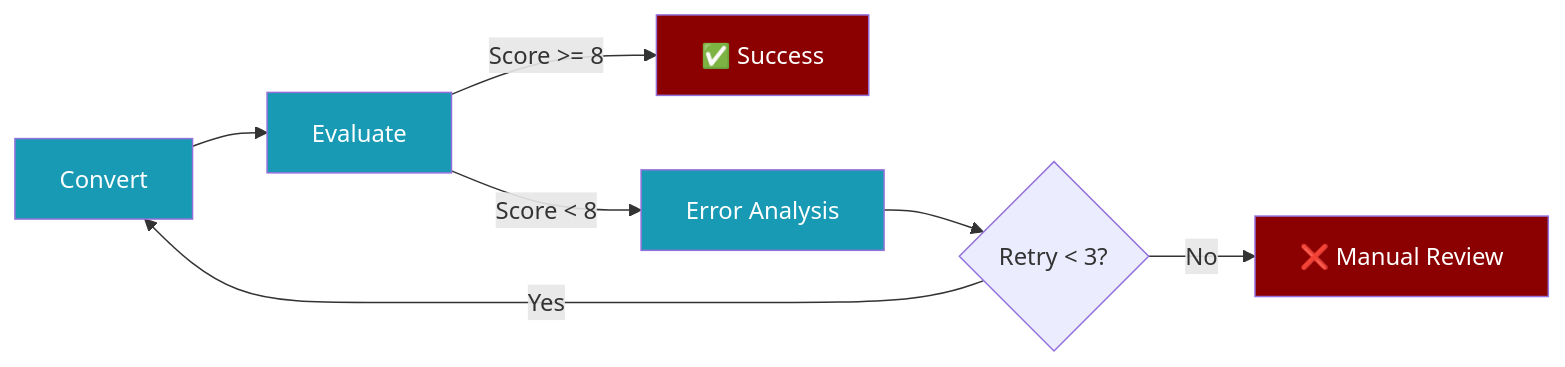
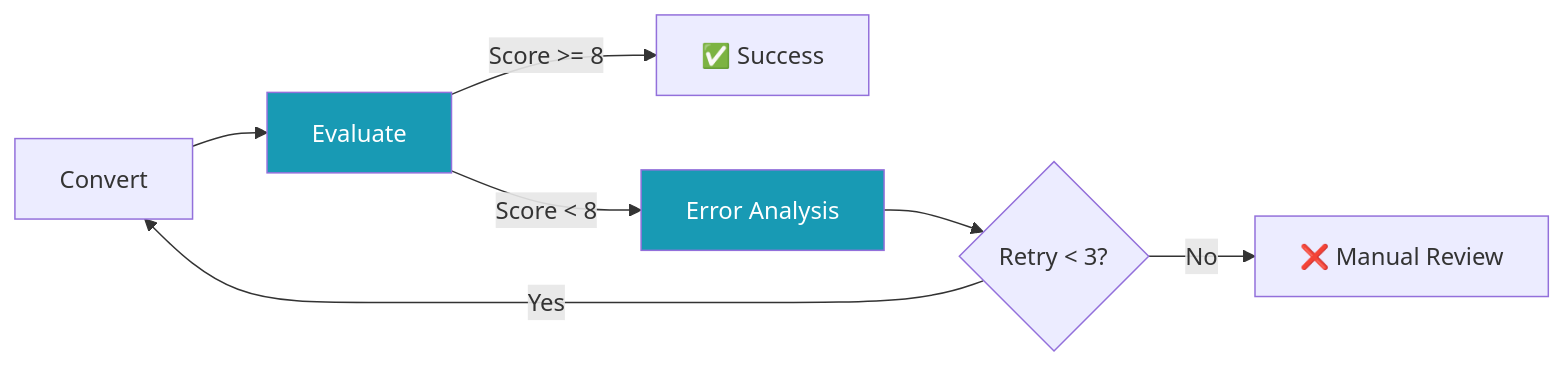
One commit to MervinPraison/PraisonAIDocs changed the second of 3 diagrams in docs/features/migrate.mdx. Above: the diagram before and after it, drawn with Mermaid. The commit also changed other lines of this file and 19 other files, not shown here.

````diff
--- a/docs/features/migrate.mdx
+++ b/docs/features/migrate.mdx
@@ -175,15 +174,12 @@
 ```mermaid
 flowchart LR
     A[Convert] --> B[Evaluate]
     B -->|Score >= 8| C[✅ Success]
     B -->|Score < 8| D[Error Analysis]
     D --> E{Retry < 3?}
     E -->|Yes| A
     E -->|No| F[❌ Manual Review]
     
-    style A fill:#189AB4,color:#fff
     style B fill:#189AB4,color:#fff
-    style C fill:#8B0000,color:#fff
     style D fill:#189AB4,color:#fff
-    style F fill:#8B0000,color:#fff
 ```
````
